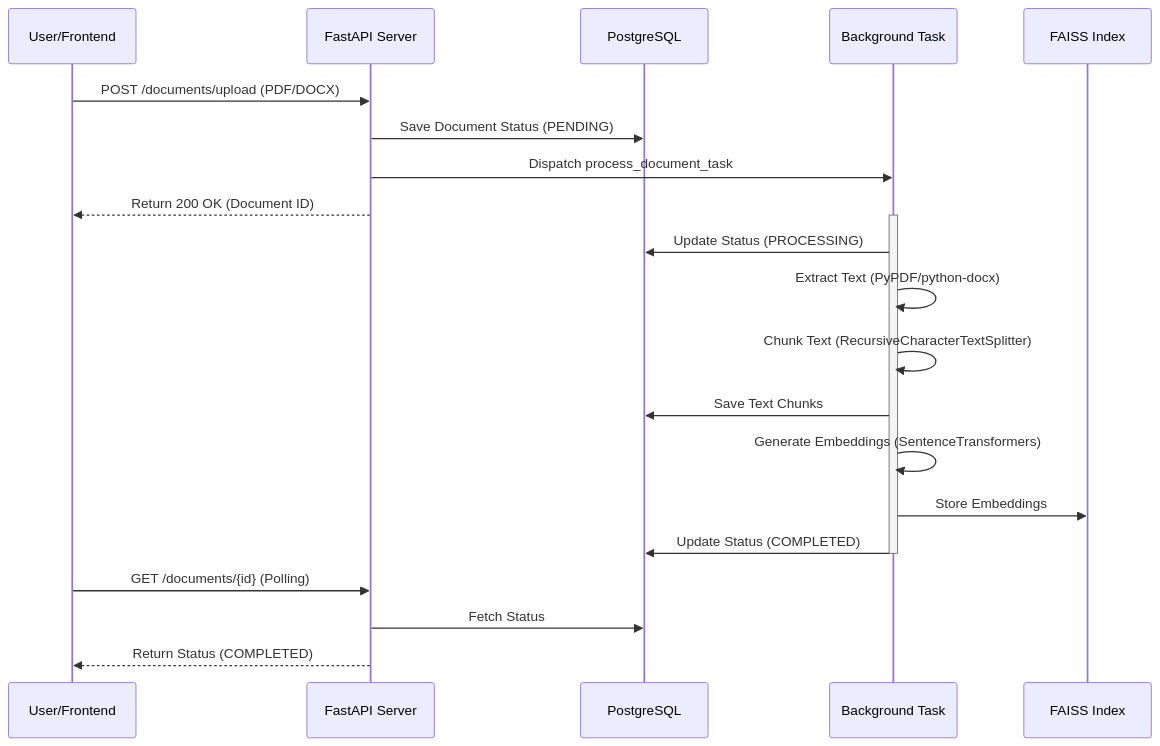
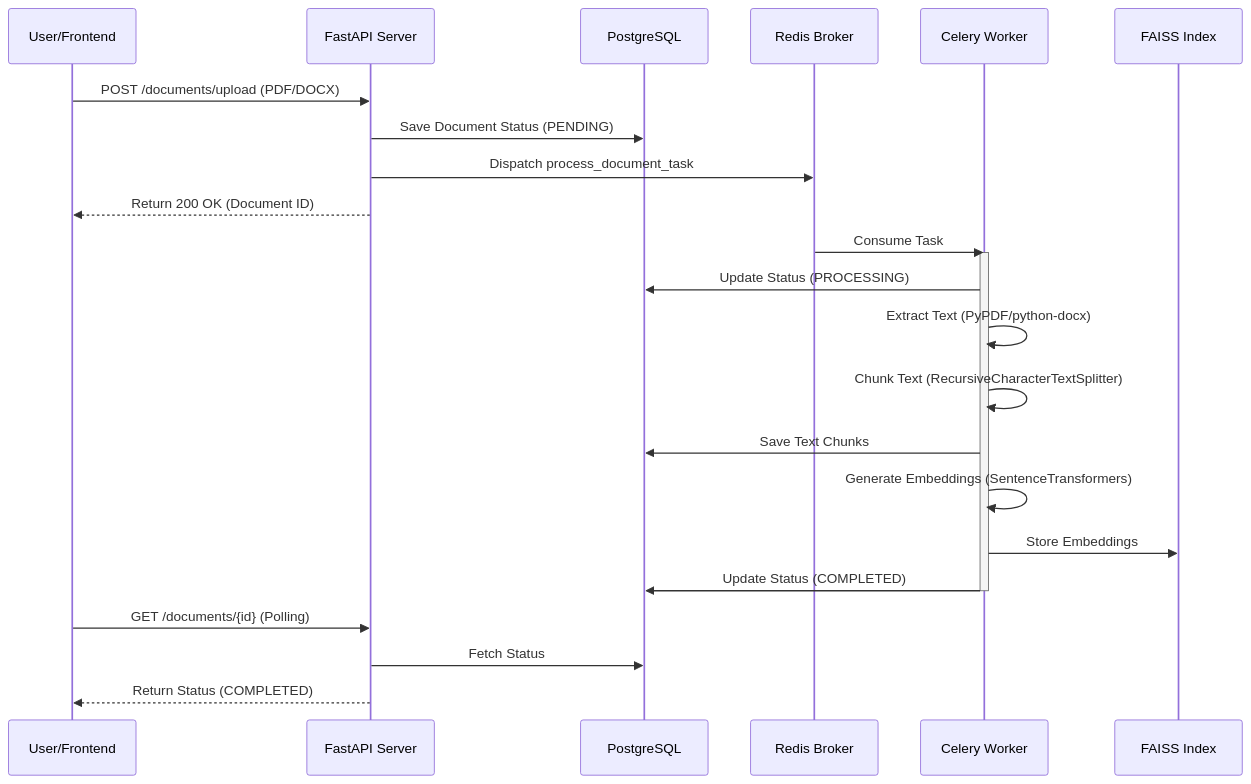
One commit to thepratyushranjan/askdoc changed the second of 4 diagrams in ARCHITECTURE.md. Above: the diagram before and after it, drawn with Mermaid. The commit also changed other lines of this file and 11 other files, not shown here.

````diff
--- a/ARCHITECTURE.md
+++ b/ARCHITECTURE.md
@@ -66,28 +80,30 @@
 ```mermaid
 sequenceDiagram
     participant U as User/Frontend
     participant A as FastAPI Server
     participant DB as PostgreSQL
-    participant T as Background Task
+    participant R as Redis Broker
+    participant W as Celery Worker
     participant V as FAISS Index
 
     U->>A: POST /documents/upload (PDF/DOCX)
     A->>DB: Save Document Status (PENDING)
-    A->>T: Dispatch process_document_task
+    A->>R: Dispatch process_document_task
     A-->>U: Return 200 OK (Document ID)
     
     %% Background processing
-    activate T
-    T->>DB: Update Status (PROCESSING)
-    T->>T: Extract Text (PyPDF/python-docx)
-    T->>T: Chunk Text (RecursiveCharacterTextSplitter)
-    T->>DB: Save Text Chunks
-    T->>T: Generate Embeddings (SentenceTransformers)
-    T->>V: Store Embeddings
-    T->>DB: Update Status (COMPLETED)
-    deactivate T
+    R->>W: Consume Task
+    activate W
+    W->>DB: Update Status (PROCESSING)
+    W->>W: Extract Text (PyPDF/python-docx)
+    W->>W: Chunk Text (RecursiveCharacterTextSplitter)
+    W->>DB: Save Text Chunks
+    W->>W: Generate Embeddings (SentenceTransformers)
+    W->>V: Store Embeddings
+    W->>DB: Update Status (COMPLETED)
+    deactivate W
     
     U->>A: GET /documents/{id} (Polling)
     A->>DB: Fetch Status
     A-->>U: Return Status (COMPLETED)
 ```
````
